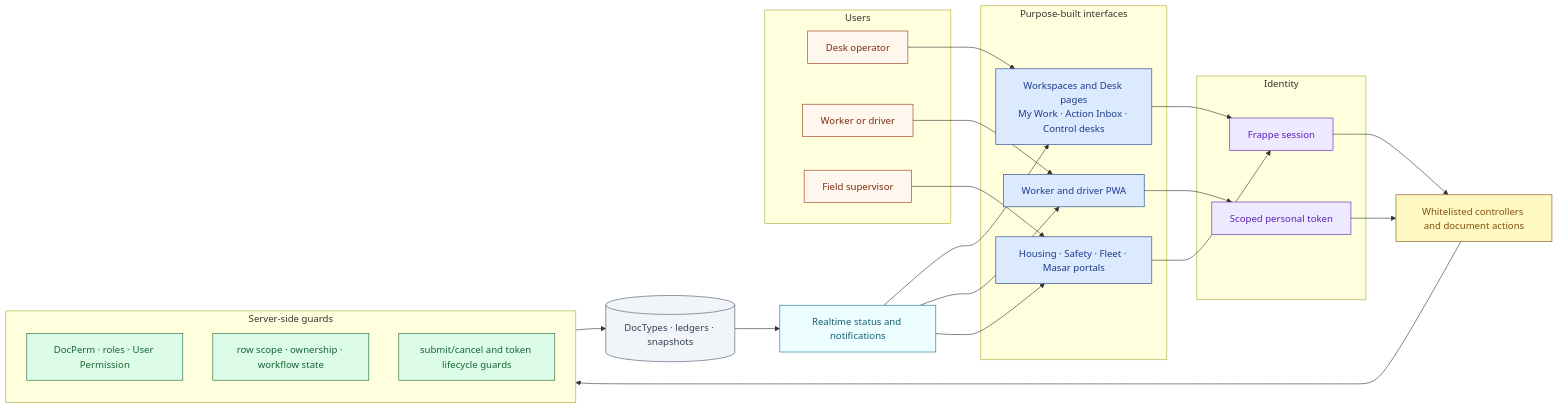
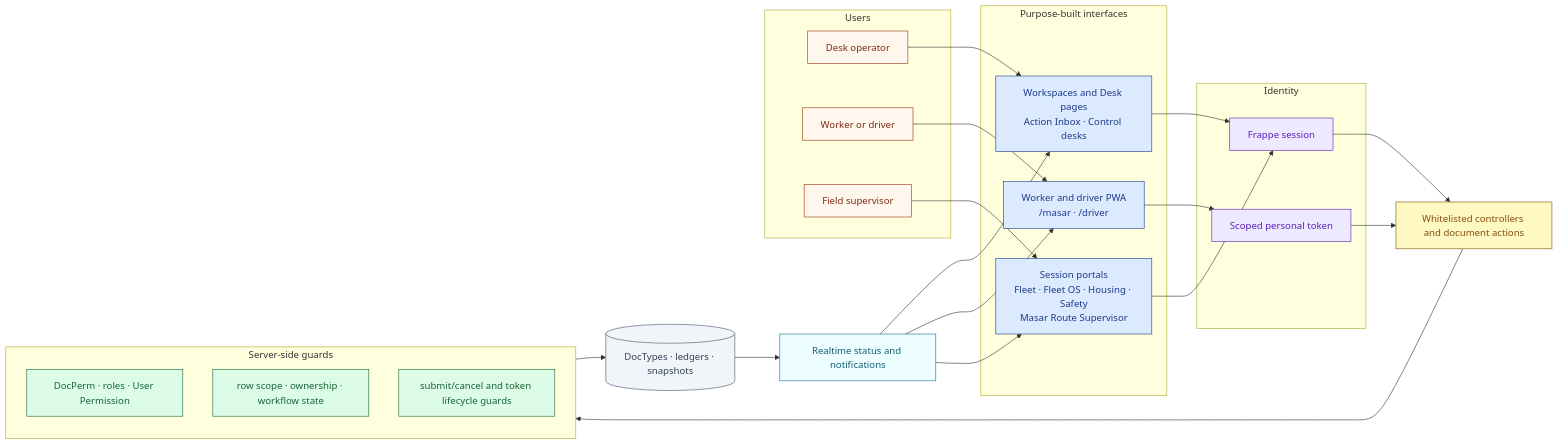
The third of 5 diagrams in README.md (iabodysa/apex), drawn with Mermaid before and after one commit. The commit also changed other lines of this file and 6 other files, not shown here.

````diff
--- a/README.md
+++ b/README.md
@@ -115,50 +115,50 @@
 ```mermaid
 flowchart LR
     subgraph USERS ["Users"]
         DESK_USER["Desk operator"]:::actor
         MOBILE_USER["Worker or driver"]:::actor
         TEAM_USER["Field supervisor"]:::actor
     end
 
     subgraph UI ["Purpose-built interfaces"]
-        DESK["Workspaces and Desk pages<br/>My Work · Action Inbox · Control desks"]:::ui
-        PWA["Worker and driver PWA"]:::ui
-        PORTALS["Housing · Safety · Fleet · Masar portals"]:::ui
+        DESK["Workspaces and Desk pages<br/>Action Inbox · Control desks"]:::ui
+        PWA["Worker and driver PWA<br/>/masar · /driver"]:::ui
+        PORTALS["Session portals<br/>Fleet · Fleet OS · Housing · Safety<br/>Masar Route Supervisor"]:::ui
     end
 
     subgraph ID ["Identity"]
         SESSION["Frappe session"]:::api
         TOKEN["Scoped personal token"]:::api
     end
 
     API["Whitelisted controllers and document actions"]:::data
 
     subgraph GUARDS ["Server-side guards"]
         PERM["DocPerm · roles · User Permission"]:::guard
         SCOPE["row scope · ownership · workflow state"]:::guard
         LIFE["submit/cancel and token lifecycle guards"]:::guard
     end
 
     STORE[("DocTypes · ledgers · snapshots")]:::store
     LIVE["Realtime status and notifications"]:::live
 
     DESK_USER --> DESK --> SESSION
     MOBILE_USER --> PWA --> TOKEN
     TEAM_USER --> PORTALS --> SESSION
     SESSION --> API
     TOKEN --> API
     API --> GUARDS
     GUARDS --> STORE
     STORE --> LIVE
     LIVE --> DESK
     LIVE --> PWA
     LIVE --> PORTALS
 
     classDef actor fill:#fff7ed,stroke:#9a3412,color:#7c2d12;
     classDef ui    fill:#dbeafe,stroke:#1e3a8a,color:#1e3a8a;
     classDef api   fill:#ede9fe,stroke:#5b21b6,color:#5b21b6;
     classDef data  fill:#fef9c3,stroke:#854d0e,color:#854d0e;
     classDef guard fill:#dcfce7,stroke:#166534,color:#166534;
     classDef store fill:#f1f5f9,stroke:#475569,color:#334155;
     classDef live  fill:#ecfeff,stroke:#0e7490,color:#155e75;
 ```
````
